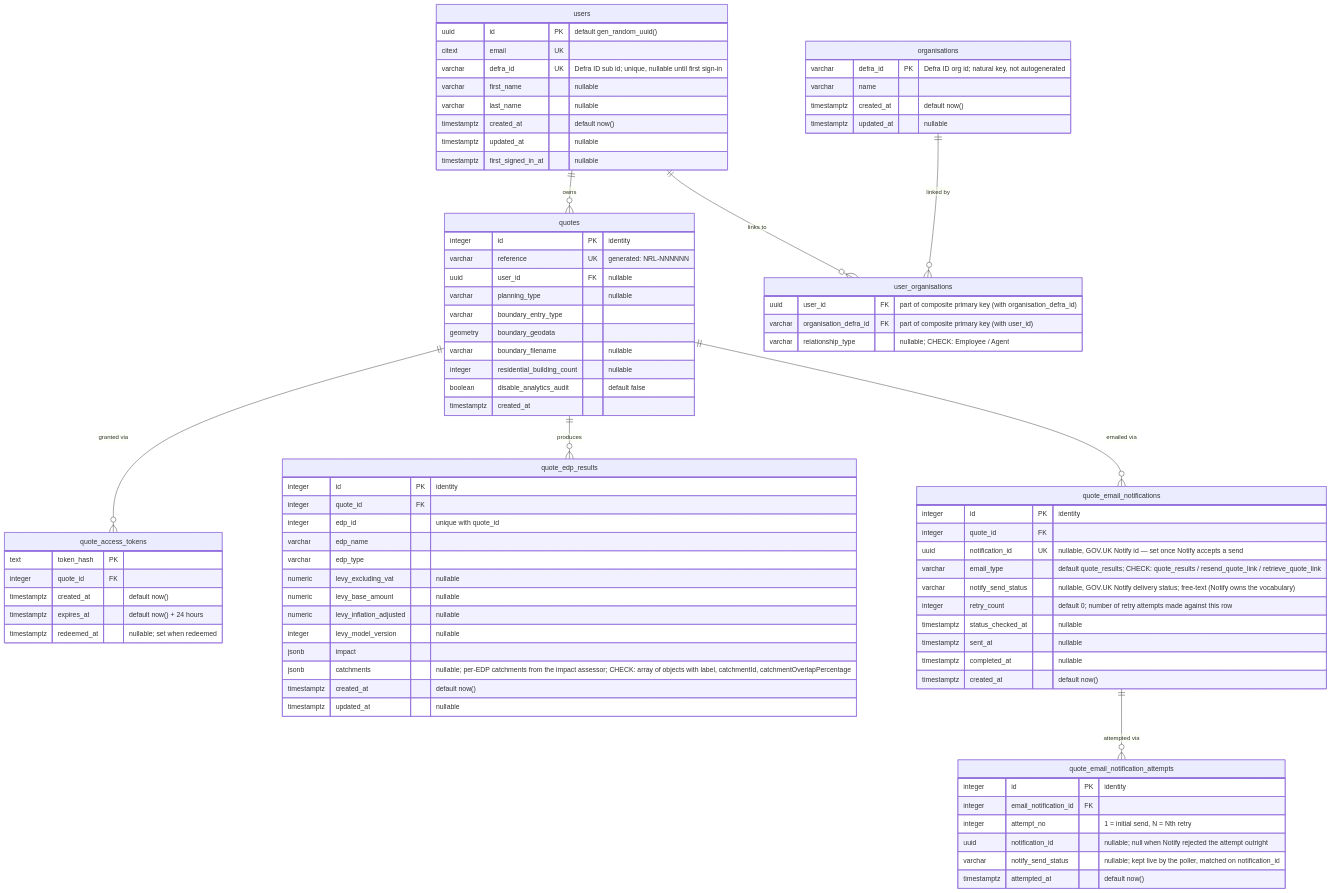
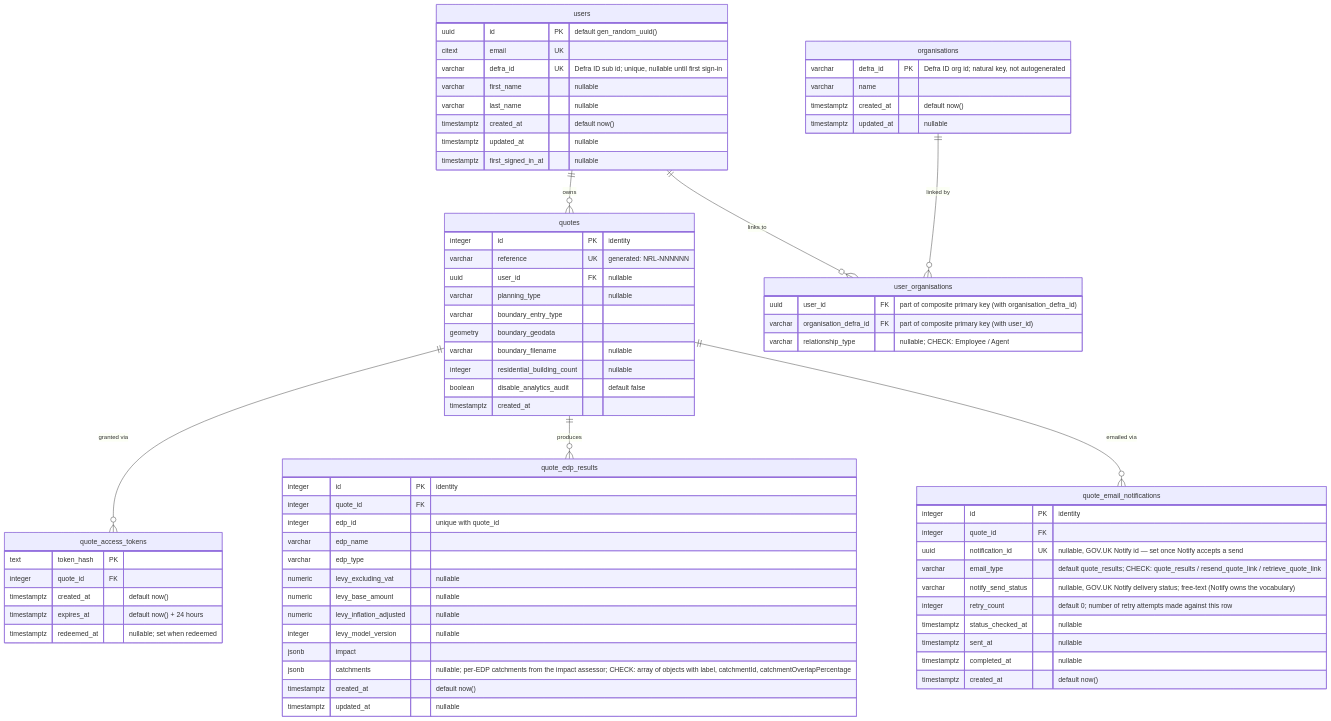
The diagram in docs/quote-database-diagram.md (DEFRA/nrf-backend), drawn with Mermaid before and after one commit. The commit also changed other lines of this file and 15 other files, not shown here.

First line of the commit message:
NRF2-1258 Drop per-attempt email history; mirror the quote email design exactly

````diff
--- a/docs/quote-database-diagram.md
+++ b/docs/quote-database-diagram.md
@@ -14,7 +14,6 @@
     quotes ||--o{ quote_access_tokens : "granted via"
     quotes ||--o{ quote_edp_results : "produces"
     quotes ||--o{ quote_email_notifications : "emailed via"
-    quote_email_notifications ||--o{ quote_email_notification_attempts : "attempted via"
     users ||--o{ user_organisations : "links to"
     organisations ||--o{ user_organisations : "linked by"
 
@@ -91,13 +90,4 @@
         timestamptz completed_at "nullable"
         timestamptz created_at "default now()"
     }
-
-    quote_email_notification_attempts {
-        integer id PK "identity"
-        integer email_notification_id FK
-        integer attempt_no "1 = initial send, N = Nth retry"
-        uuid notification_id "nullable; null when Notify rejected the attempt outright"
-        varchar notify_send_status "nullable; kept live by the poller, matched on notification_id"
-        timestamptz attempted_at "default now()"
-    }
 ```
````
